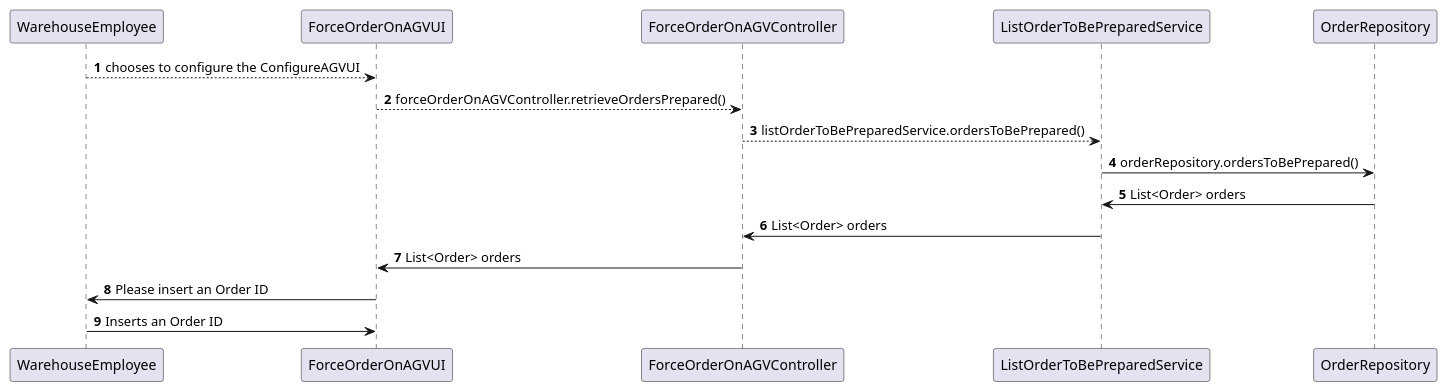
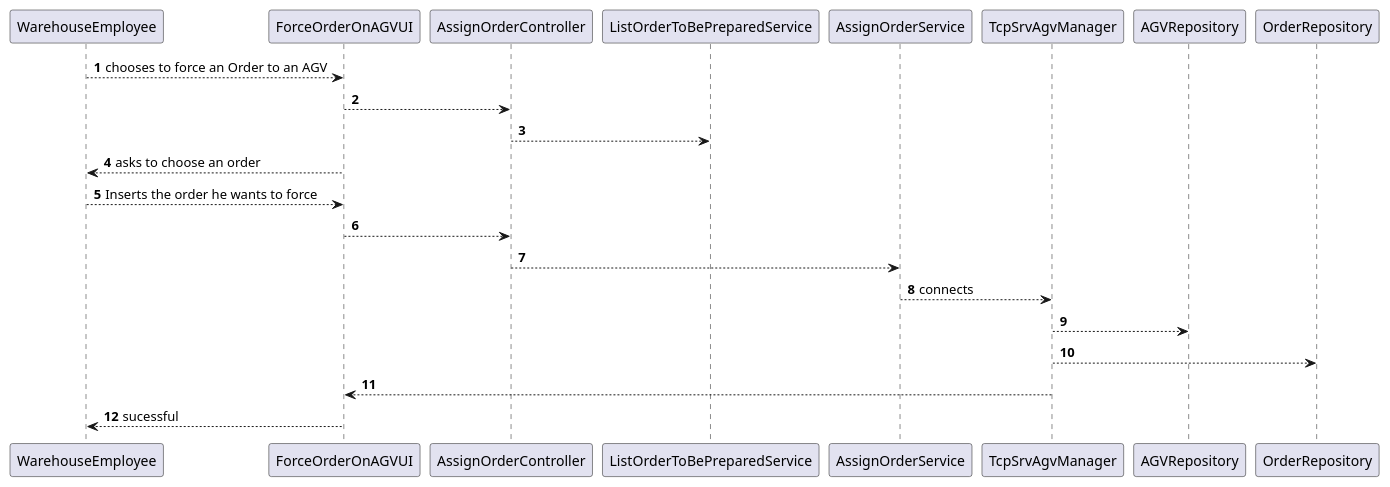
The diagram in eapli.base/docs/1190811/US2003/US2003_SD.puml (LourencoMelo/ISEP-EAPLI), drawn with PlantUML before and after one commit. The commit also changed 14 other files, not shown here.

```diff
--- a/eapli.base/docs/1190811/US2003/US2003_SD.puml
+++ b/eapli.base/docs/1190811/US2003/US2003_SD.puml
@@ -1,15 +1,20 @@
 @startuml
 
 autonumber
 
-WarehouseEmployee --> ForceOrderOnAGVUI : chooses to configure the ConfigureAGVUI
-ForceOrderOnAGVUI --> ForceOrderOnAGVController : forceOrderOnAGVController.retrieveOrdersPrepared()
-ForceOrderOnAGVController --> ListOrderToBePreparedService : listOrderToBePreparedService.ordersToBePrepared()
-ListOrderToBePreparedService -> OrderRepository : orderRepository.ordersToBePrepared()
-OrderRepository -> ListOrderToBePreparedService : List<Order> orders
-ListOrderToBePreparedService -> ForceOrderOnAGVController : List<Order> orders
-ForceOrderOnAGVController -> ForceOrderOnAGVUI : List<Order> orders
-ForceOrderOnAGVUI -> WarehouseEmployee : Please insert an Order ID
-WarehouseEmployee ->ForceOrderOnAGVUI : Inserts an Order ID
+WarehouseEmployee --> ForceOrderOnAGVUI : chooses to force an Order to an AGV
+ForceOrderOnAGVUI --> AssignOrderController :
+AssignOrderController --> ListOrderToBePreparedService
+ForceOrderOnAGVUI --> WarehouseEmployee : asks to choose an order
+WarehouseEmployee --> ForceOrderOnAGVUI : Inserts the order he wants to force
+ForceOrderOnAGVUI --> AssignOrderController :
+AssignOrderController --> AssignOrderService :
+AssignOrderService --> TcpSrvAgvManager : connects
+TcpSrvAgvManager --> AGVRepository
+TcpSrvAgvManager --> OrderRepository
+TcpSrvAgvManager --> ForceOrderOnAGVUI :
+ForceOrderOnAGVUI --> WarehouseEmployee : sucessful
+
+
 
 @enduml
```
